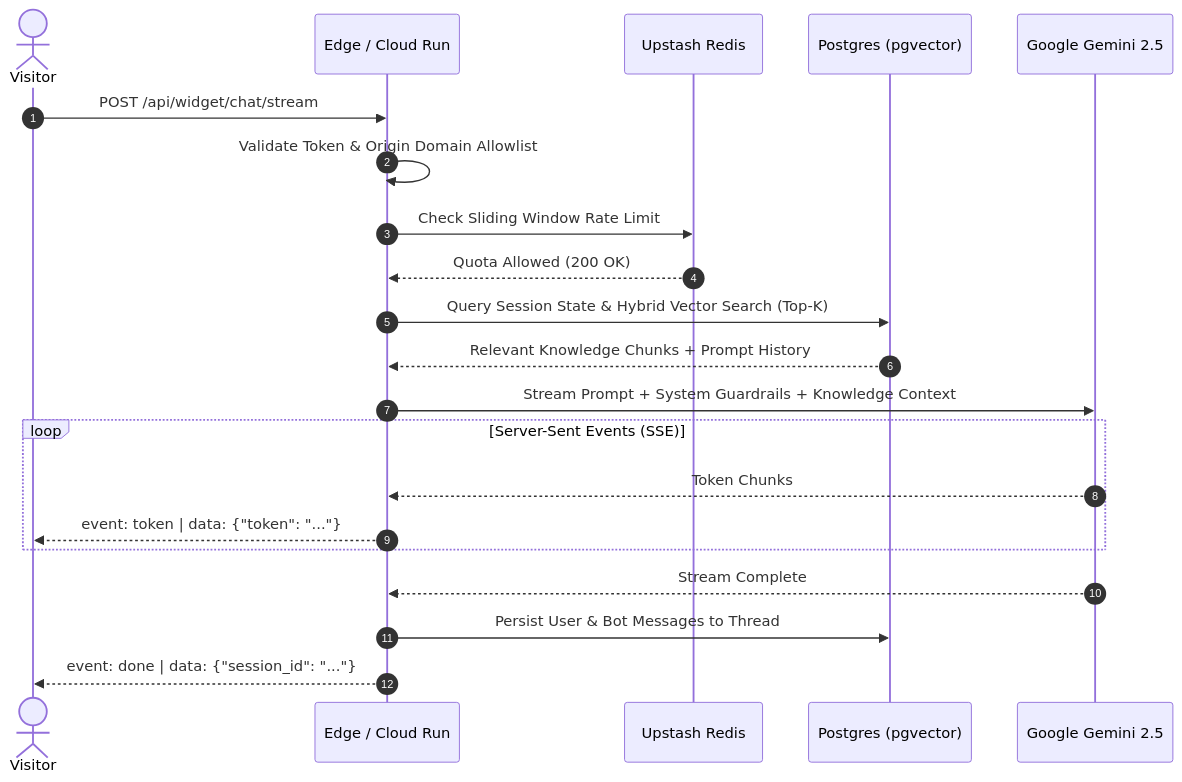
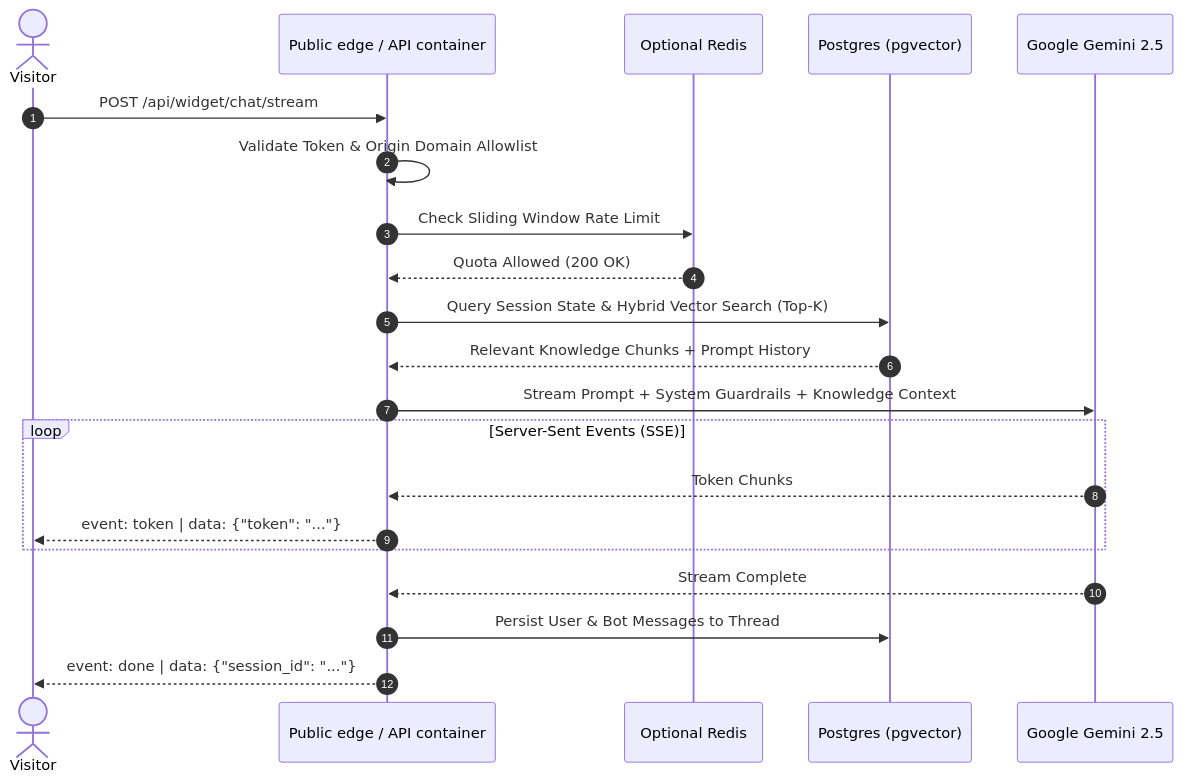
One commit to Damayantha/chatty-docs changed the second of 2 diagrams in src/app/(docs)/architecture/page.mdx. Above: the diagram before and after it, drawn with Mermaid. The commit also changed other lines of this file and 1 other file, not shown here.

````diff
--- a/src/app/(docs)/architecture/page.mdx
+++ b/src/app/(docs)/architecture/page.mdx
@@ -64,24 +106,24 @@
 ```mermaid
 sequenceDiagram
     autonumber
     actor Visitor
-    participant Edge as Edge / Cloud Run
-    participant Redis as Upstash Redis
+    participant Edge as Public edge / API container
+    participant Redis as Optional Redis
     participant DB as Postgres (pgvector)
     participant LLM as Google Gemini 2.5
     
     Visitor->>Edge: POST /api/widget/chat/stream
     Edge->>Edge: Validate Token & Origin Domain Allowlist
     Edge->>Redis: Check Sliding Window Rate Limit
     Redis-->>Edge: Quota Allowed (200 OK)
     Edge->>DB: Query Session State & Hybrid Vector Search (Top-K)
     DB-->>Edge: Relevant Knowledge Chunks + Prompt History
     Edge->>LLM: Stream Prompt + System Guardrails + Knowledge Context
     loop Server-Sent Events (SSE)
         LLM-->>Edge: Token Chunks
         Edge-->>Visitor: event: token | data: {"token": "..."}
     end
     LLM-->>Edge: Stream Complete
     Edge->>DB: Persist User & Bot Messages to Thread
     Edge-->>Visitor: event: done | data: {"session_id": "..."}
 ```
````
